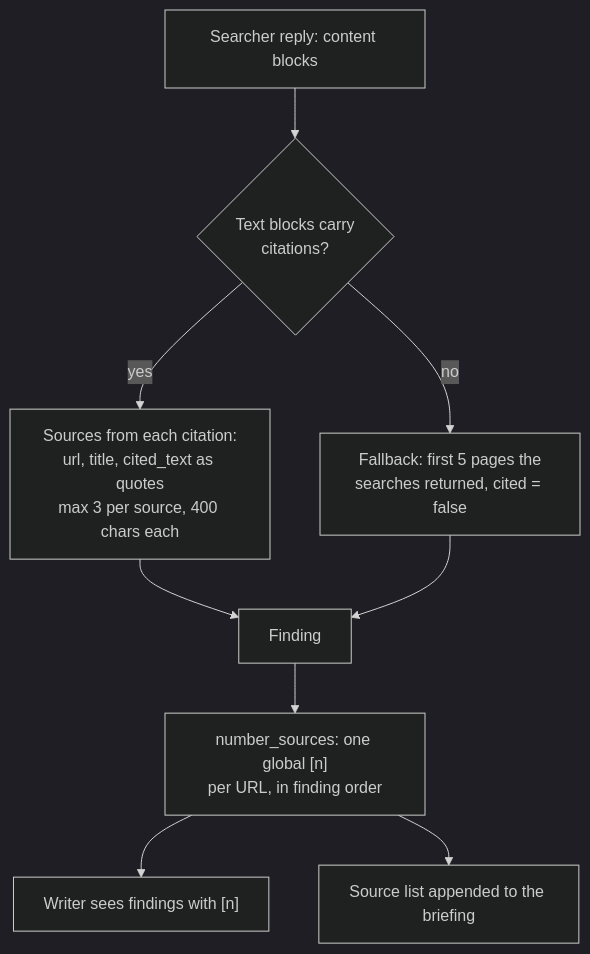
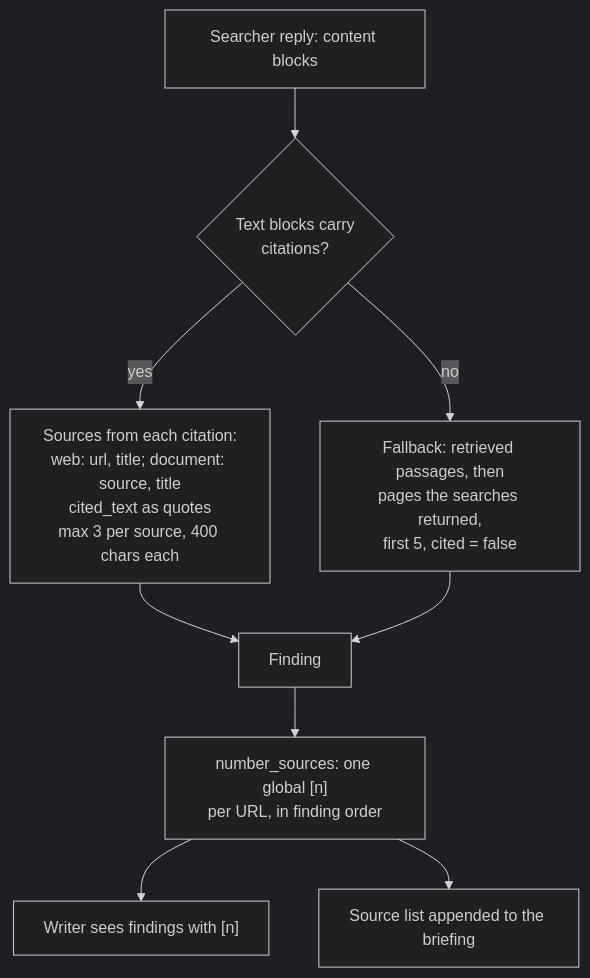
The sixth of 8 diagrams in docs/guide/04-agents.md (brentdunham/waypoint), drawn with Mermaid (dark theme) before and after one commit. The commit also changed other lines of this file and 26 other files, not shown here.

````diff
--- a/docs/guide/04-agents.md
+++ b/docs/guide/04-agents.md
@@ -183,10 +197,10 @@
 ```mermaid
 flowchart TD
     reply[Searcher reply: content blocks] --> blocks{Text blocks carry<br/>citations?}
-    blocks -- yes --> src[Sources from each citation:<br/>url, title, cited_text as quotes<br/>max 3 per source, 400 chars each]
-    blocks -- no --> fb[Fallback: first 5 pages the<br/>searches returned, cited = false]
+    blocks -- yes --> src[Sources from each citation:<br/>web: url, title; document: source, title<br/>cited_text as quotes<br/>max 3 per source, 400 chars each]
+    blocks -- no --> fb[Fallback: retrieved passages, then<br/>pages the searches returned,<br/>first 5, cited = false]
     src & fb --> finding[Finding]
     finding --> num[number_sources: one global #91;n#93;<br/>per URL, in finding order]
     num --> writer[Writer sees findings with #91;n#93;]
     num --> list[Source list appended to the briefing]
 ```
````
